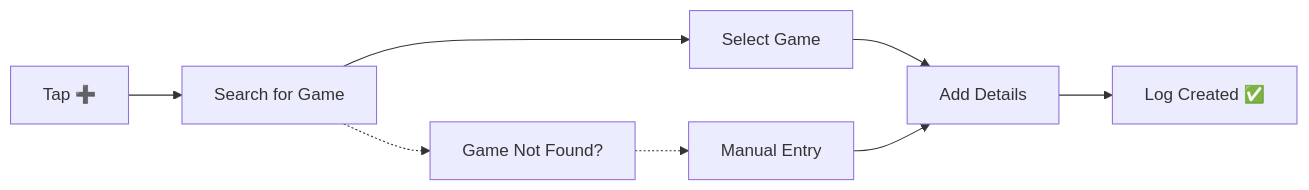
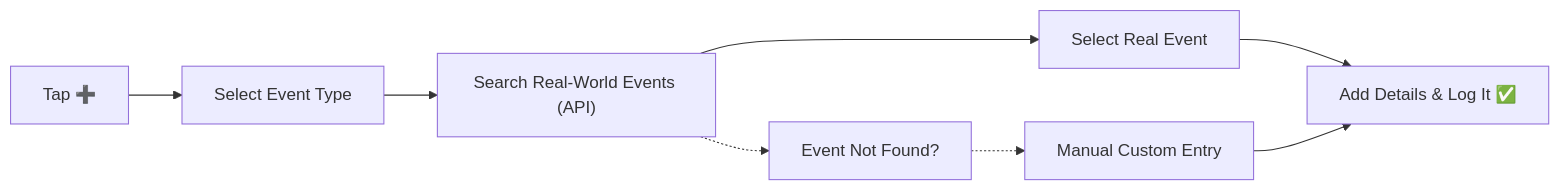
The second of 3 diagrams in docs/UI_AND_FLOWS.md (jonahr4/LogIt), drawn with Mermaid before and after one commit. The commit also changed other lines of this file and 8 other files, not shown here.

````diff
--- a/docs/UI_AND_FLOWS.md
+++ b/docs/UI_AND_FLOWS.md
@@ -114,11 +114,11 @@
 ```mermaid
 graph LR
-    A["Tap ➕"] --> B["Search for Game"]
-    B --> C["Select Game"]
-    C --> D["Add Details"]
-    D --> E["Log Created ✅"]
+    A["Tap ➕"] --> B["Select Event Type"]
+    B --> C["Search Real-World Events (API)"]
+    C --> D["Select Real Event"]
+    D --> E["Add Details & Log It ✅"]
 
-    B -.-> F["Game Not Found?"]
-    F -.-> G["Manual Entry"]
-    G --> D
+    C -.-> F["Event Not Found?"]
+    F -.-> G["Manual Custom Entry"]
+    G --> E
 ```
````
